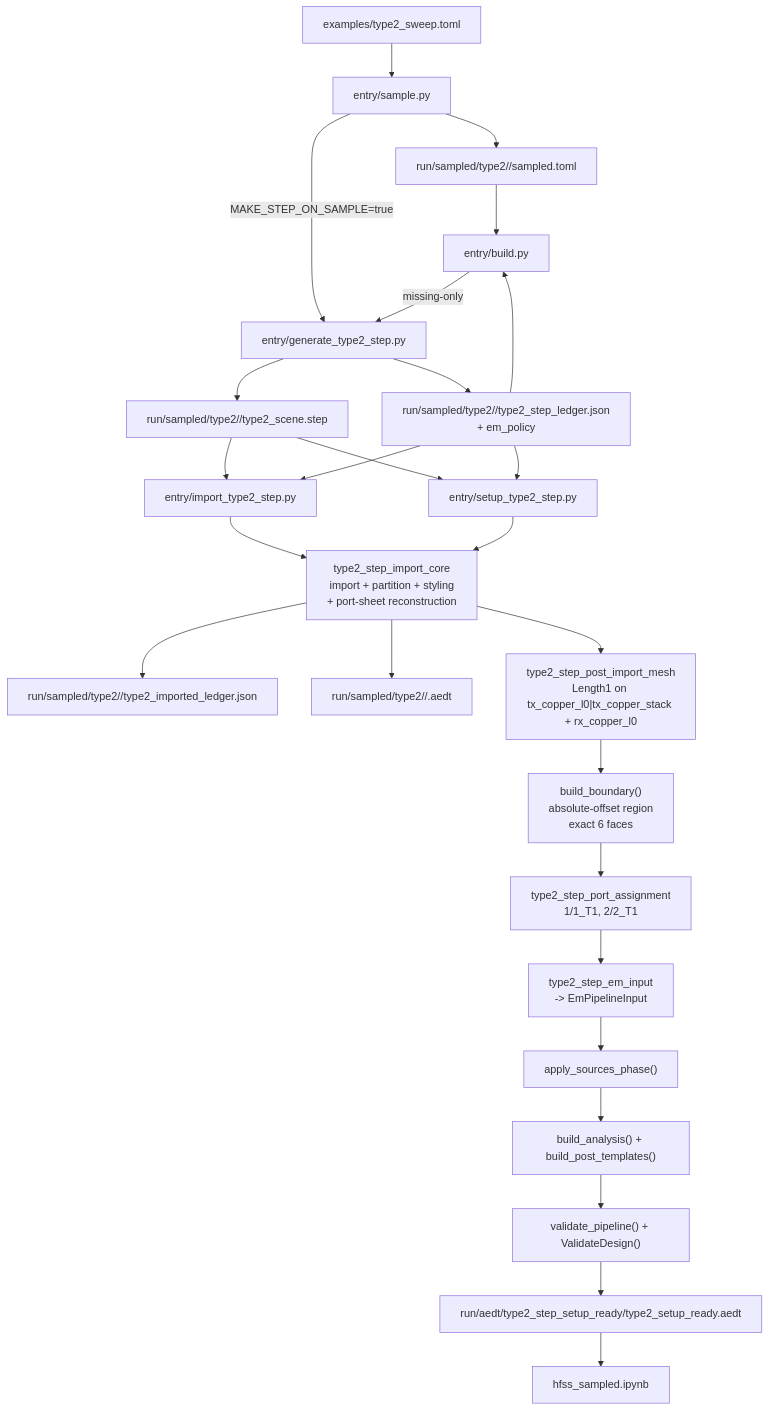
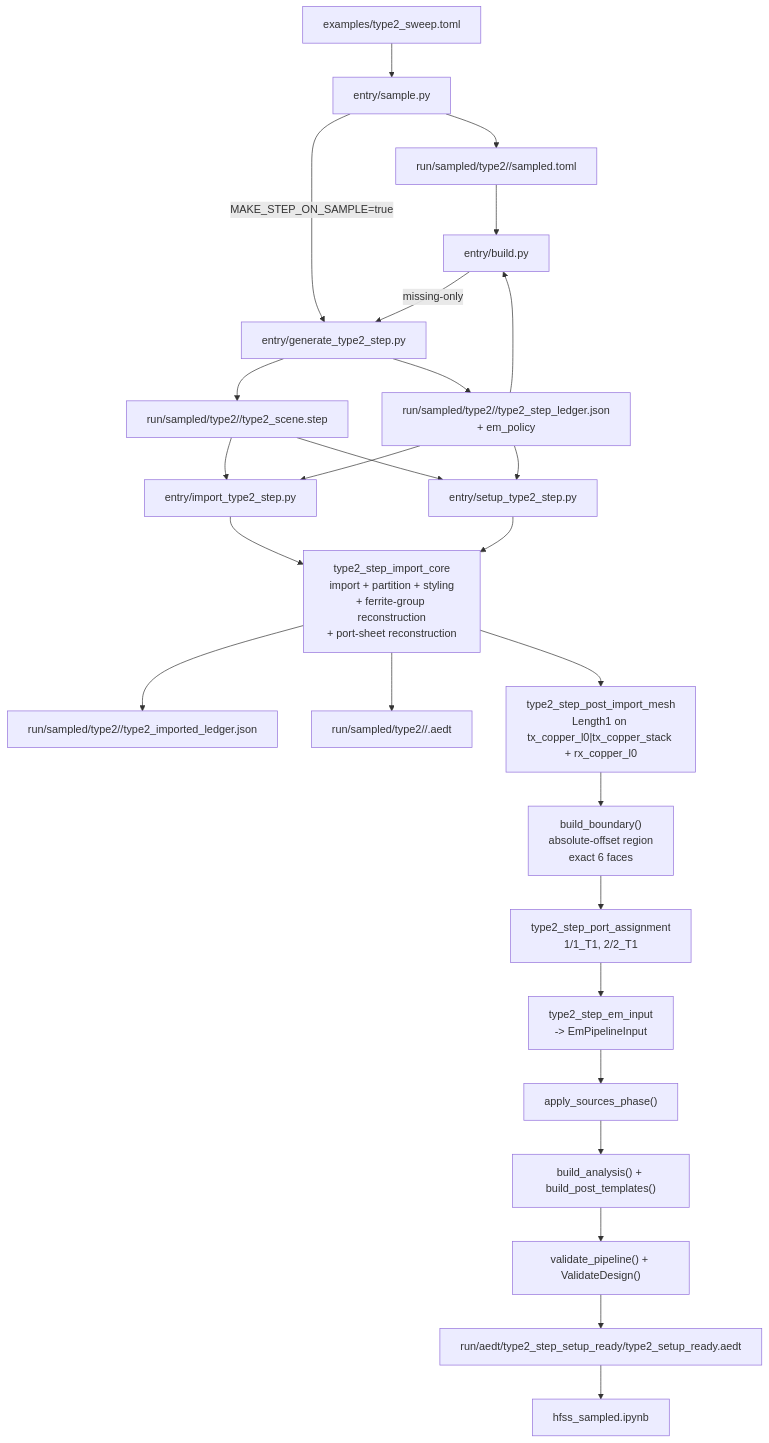
The diagram in sdd/diagrams/type2-step-to-em-validate-flow.md (Glaysia/peetsfea), drawn with Mermaid before and after one commit. The commit also changed other lines of this file and 15 other files, not shown here.

````diff
--- a/sdd/diagrams/type2-step-to-em-validate-flow.md
+++ b/sdd/diagrams/type2-step-to-em-validate-flow.md
@@ -12,51 +12,51 @@
 ```mermaid
 flowchart TD
     Type2Toml["examples/type2_sweep.toml"]
     SampleEntry["entry/sample.py"]
     SampledToml["run/sampled/type2/<design_id>/sampled.toml"]
     BuildEntry["entry/build.py"]
     Export["entry/generate_type2_step.py"]
     StepScene["run/sampled/type2/<design_id>/type2_scene.step"]
     StepLedger["run/sampled/type2/<design_id>/type2_step_ledger.json\n+ em_policy"]
     ImportEntry["entry/import_type2_step.py"]
-    ImportCore["type2_step_import_core\nimport + partition + styling\n+ port-sheet reconstruction"]
+    ImportCore["type2_step_import_core\nimport + partition + styling\n+ ferrite-group reconstruction\n+ port-sheet reconstruction"]
     ImportLedger["run/sampled/type2/<design_id>/type2_imported_ledger.json"]
     ImportAedt["run/sampled/type2/<design_id>/<design_id>.aedt"]
     SetupEntry["entry/setup_type2_step.py"]
     Mesh["type2_step_post_import_mesh\nLength1 on tx_copper_l0|tx_copper_stack + rx_copper_l0"]
     Boundary["build_boundary()\nabsolute-offset region\nexact 6 faces"]
     Ports["type2_step_port_assignment\n1/1_T1, 2/2_T1"]
     Adapter["type2_step_em_input\n-> EmPipelineInput"]
     Source["apply_sources_phase()"]
     Analysis["build_analysis() + build_post_templates()"]
     Validate["validate_pipeline() + ValidateDesign()"]
     SetupAedt["run/aedt/type2_step_setup_ready/type2_setup_ready.aedt"]
     Notebook["hfss_sampled.ipynb"]
 
     Type2Toml --> SampleEntry
     SampleEntry --> SampledToml
     SampleEntry -->|MAKE_STEP_ON_SAMPLE=true| Export
     Export --> StepScene
     Export --> StepLedger
     SampledToml --> BuildEntry
     StepLedger --> BuildEntry
     BuildEntry -->|missing-only| Export
     StepScene --> ImportEntry
     StepLedger --> ImportEntry
     ImportEntry --> ImportCore
     ImportCore --> ImportLedger
     ImportCore --> ImportAedt
 
     StepScene --> SetupEntry
     StepLedger --> SetupEntry
     SetupEntry --> ImportCore
     ImportCore --> Mesh
     Mesh --> Boundary
     Boundary --> Ports
     Ports --> Adapter
     Adapter --> Source
     Source --> Analysis
     Analysis --> Validate
     Validate --> SetupAedt
     SetupAedt --> Notebook
 ```
````
